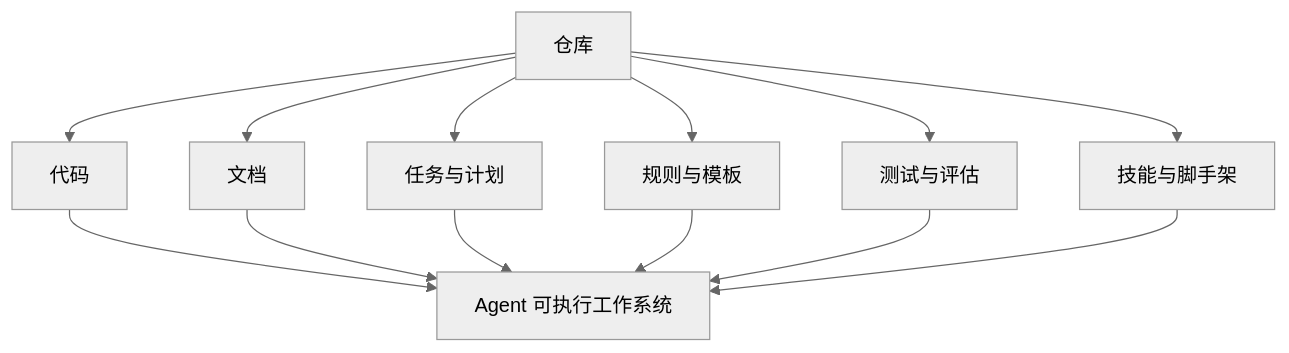
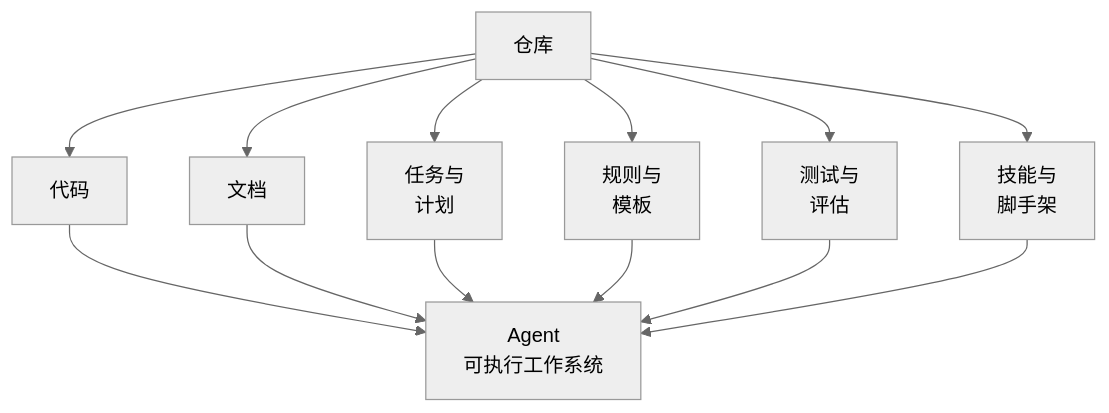
Before and after one commit to motedb/HarnessBook: the first of 7 diagrams in zh/05-第三篇-Agent-First-软件工程.md, drawn with Mermaid (neutral theme). The commit also changed other lines of this file and 21 other files, not shown here.

````diff
--- a/zh/05-第三篇-Agent-First-软件工程.md
+++ b/zh/05-第三篇-Agent-First-软件工程.md
@@ -15,15 +15,15 @@
 ```mermaid
 graph TB
     A["仓库"] --> B["代码"]
     A --> C["文档"]
-    A --> D["任务与计划"]
-    A --> E["规则与模板"]
-    A --> F["测试与评估"]
-    A --> G["技能与脚手架"]
-    B --> H["Agent 可执行工作系统"]
+    A --> D["任务与<br>计划"]
+    A --> E["规则与<br>模板"]
+    A --> F["测试与<br>评估"]
+    A --> G["技能与<br>脚手架"]
+    B --> H["Agent<br>可执行工作系统"]
     C --> H
     D --> H
     E --> H
     F --> H
     G --> H
 ```
````
